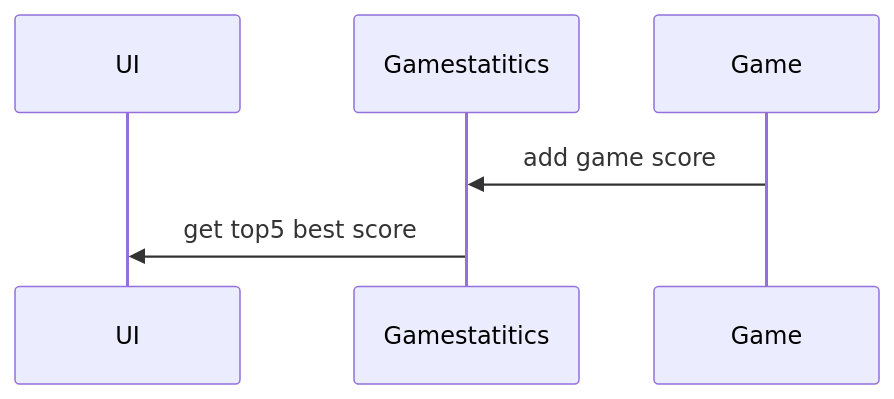
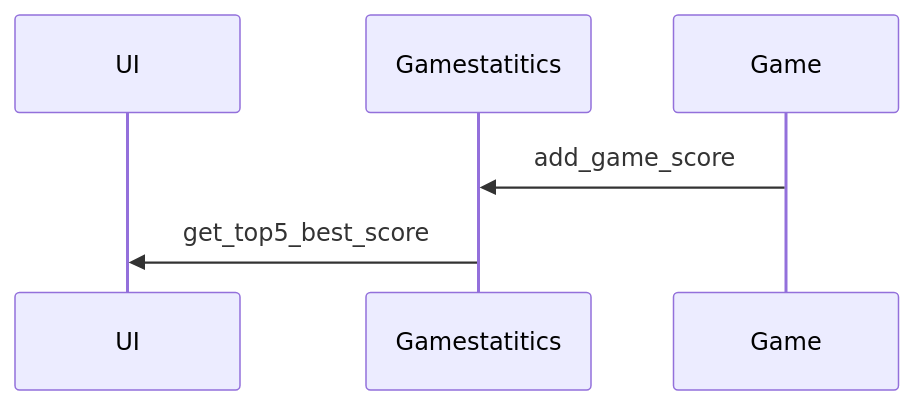
The fourth of 4 diagrams in dokumentaatio/arkkitehtuuri.md (kxelina/ot-harjoitustyo), drawn with Mermaid before and after one commit. The commit also changed other lines of this file and 17 other files, not shown here.

````diff
--- a/dokumentaatio/arkkitehtuuri.md
+++ b/dokumentaatio/arkkitehtuuri.md
@@ -82,8 +99,8 @@
 ```mermaid
 sequenceDiagram
     participant UI
     participant G as Gamestatitics
     participant Game
-    Game ->> G: add game score
-    G ->> UI: get top5 best score
+    Game ->> G: add_game_score
+    G ->> UI: get_top5_best_score
 ```    
````
